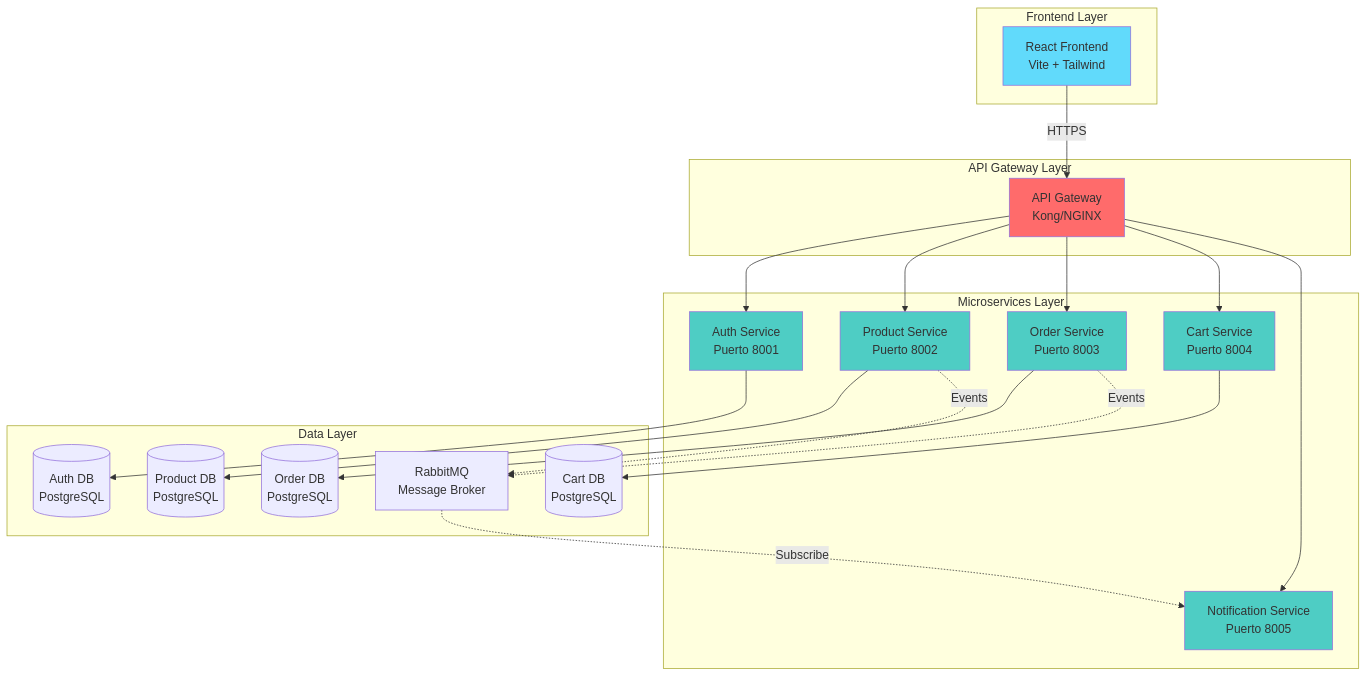
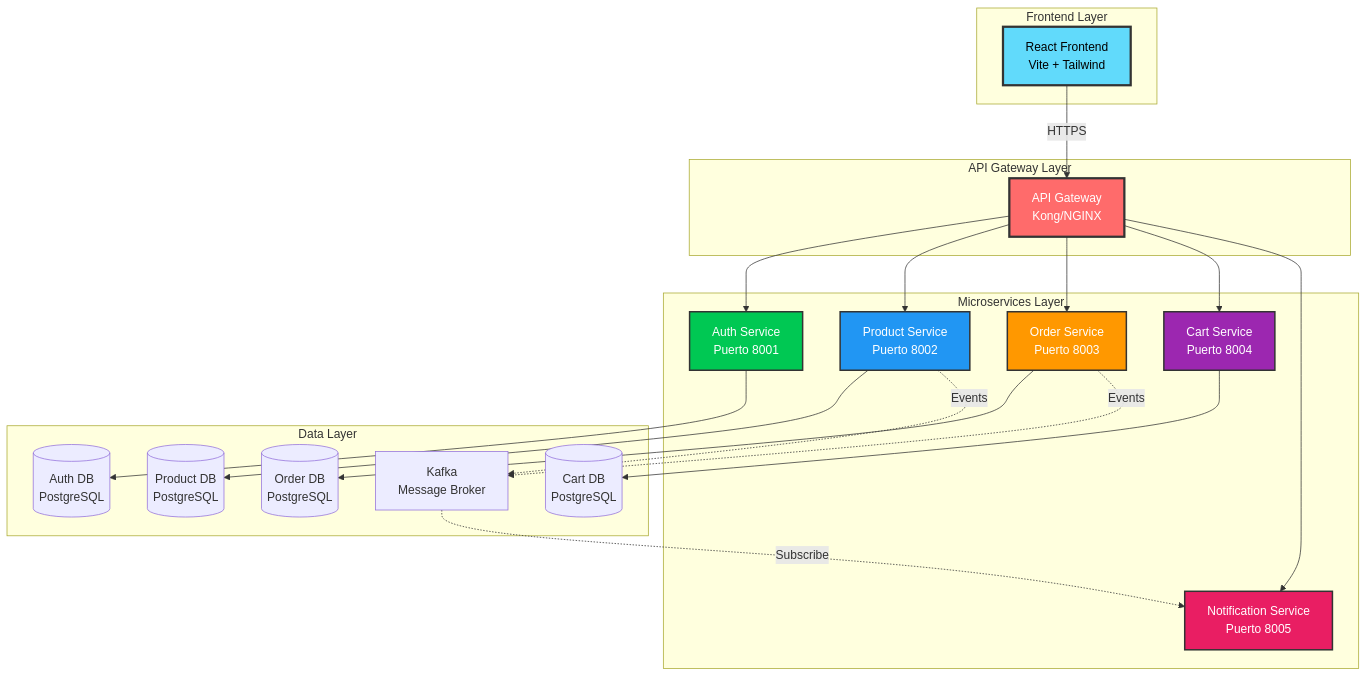
The first of 6 diagrams in README.md (paelsam/class_smart_microservices), drawn with Mermaid before and after one commit. The commit also changed other lines of this file, not shown here.

````diff
--- a/README.md
+++ b/README.md
@@ -146,50 +146,50 @@
 ```mermaid
 graph TB
     subgraph "Frontend Layer"
         FE[React Frontend<br/>Vite + Tailwind]
     end
     
     subgraph "API Gateway Layer"
         GW[API Gateway<br/>Kong/NGINX]
     end
     
     subgraph "Microservices Layer"
         AUTH[Auth Service<br/>Puerto 8001]
         PROD[Product Service<br/>Puerto 8002]
         ORDER[Order Service<br/>Puerto 8003]
         CART[Cart Service<br/>Puerto 8004]
         NOTIF[Notification Service<br/>Puerto 8005]
     end
     
     subgraph "Data Layer"
         DB1[(Auth DB<br/>PostgreSQL)]
         DB2[(Product DB<br/>PostgreSQL)]
         DB3[(Order DB<br/>PostgreSQL)]
         DB4[(Cart DB<br/>PostgreSQL)]
-        MQ[RabbitMQ<br/>Message Broker]
+        MQ[Kafka<br/>Message Broker]
     end
     
     FE -->|HTTPS| GW
     GW --> AUTH
     GW --> PROD
     GW --> ORDER
     GW --> CART
     GW --> NOTIF
     
     AUTH --> DB1
     PROD --> DB2
     ORDER --> DB3
     CART --> DB4
     
     ORDER -.->|Events| MQ
     PROD -.->|Events| MQ
     MQ -.->|Subscribe| NOTIF
     
-    style FE fill:#61dafb
-    style GW fill:#ff6b6b
-    style AUTH fill:#4ecdc4
-    style PROD fill:#4ecdc4
-    style ORDER fill:#4ecdc4
-    style CART fill:#4ecdc4
-    style NOTIF fill:#4ecdc4
+    style FE fill:#61dafb,stroke:#333,stroke-width:3px,color:#000
+    style GW fill:#ff6b6b,stroke:#333,stroke-width:3px,color:#fff
+    style AUTH fill:#00c853,stroke:#333,stroke-width:2px,color:#fff
+    style PROD fill:#2196f3,stroke:#333,stroke-width:2px,color:#fff
+    style ORDER fill:#ff9800,stroke:#333,stroke-width:2px,color:#fff
+    style CART fill:#9c27b0,stroke:#333,stroke-width:2px,color:#fff
+    style NOTIF fill:#e91e63,stroke:#333,stroke-width:2px,color:#fff
 ```
````
